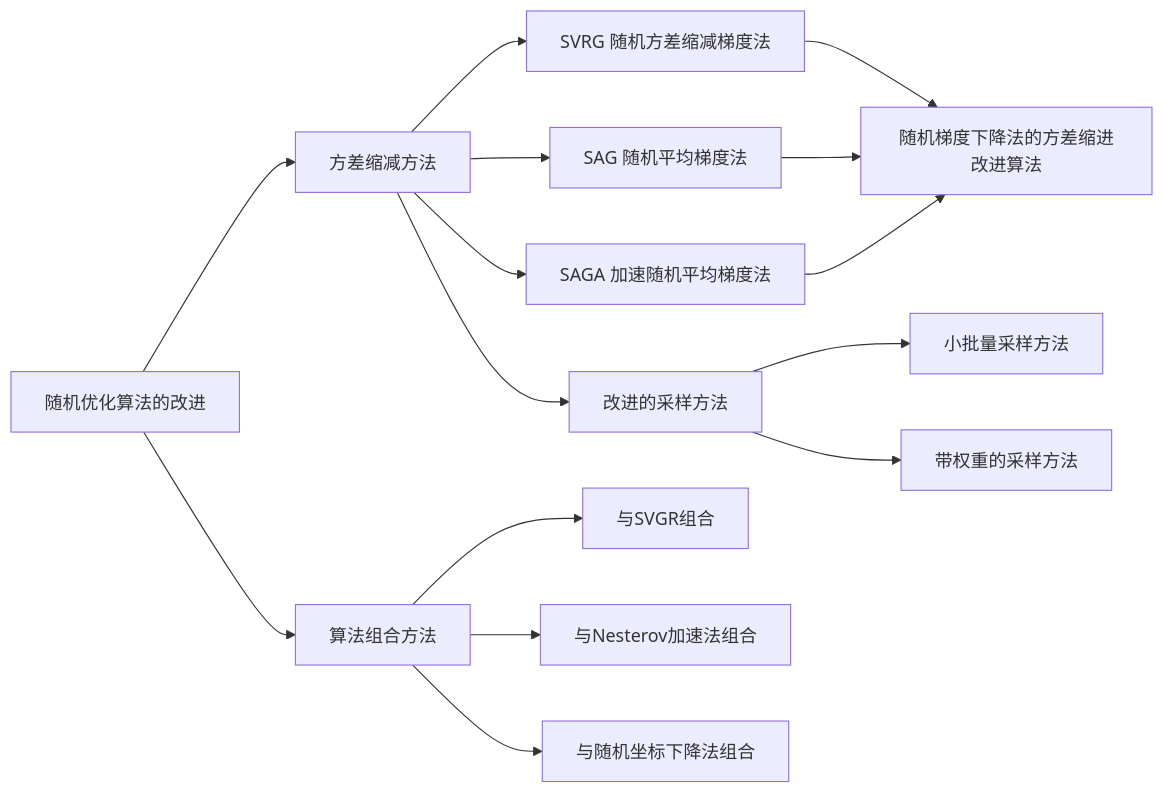
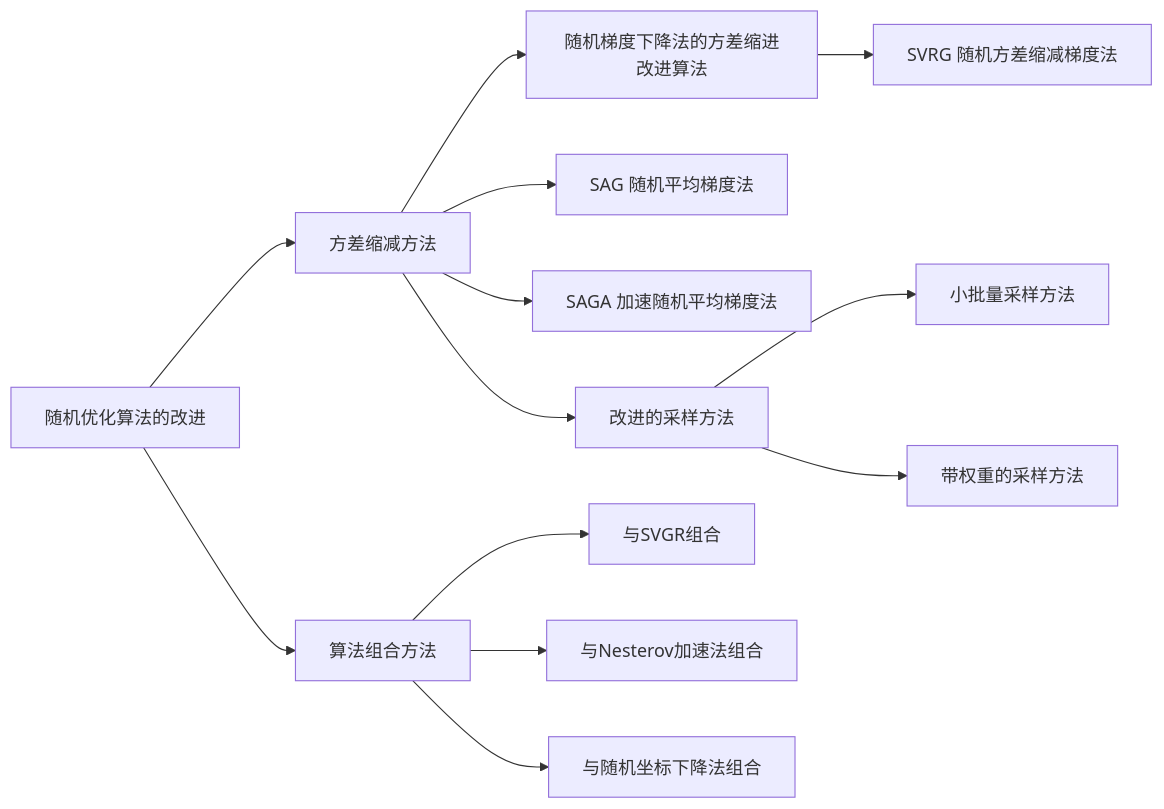
One commit to zh-Wang286/Some-Markdown changed the second of 3 diagrams in 分布式机器学习/第5章 单机优化之随机性算法.md. Above: the diagram before and after it, drawn with Mermaid. The commit also changed other lines of this file, not shown here.

Commit message:
2022/1/22 修改了 分布式机器学习/第5章 第6章 的部分字

````diff
--- a/分布式机器学习/第5章 单机优化之随机性算法.md
+++ b/分布式机器学习/第5章 单机优化之随机性算法.md
@@ -15,15 +15,15 @@
 ```mermaid
 graph LR
 a[随机优化算法的改进]-->b[方差缩减方法]
 a-->c[算法组合方法]
-b-->d[SVRG 随机方差缩减梯度法]
+g-->d[SVRG 随机方差缩减梯度法]
 b-->e[SAG 随机平均梯度法]
 b-->f[SAGA 加速随机平均梯度法]
-d & e & f -->g[随机梯度下降法的方差缩进改进算法]
+b-->g[随机梯度下降法的方差缩进改进算法]
 b-->h[改进的采样方法]
 h-->i[小批量采样方法]
 h-->j[带权重的采样方法]
 c-->k[与SVGR组合]
 c-->l[与Nesterov加速法组合]
 c-->m[与随机坐标下降法组合]
 ```
````
